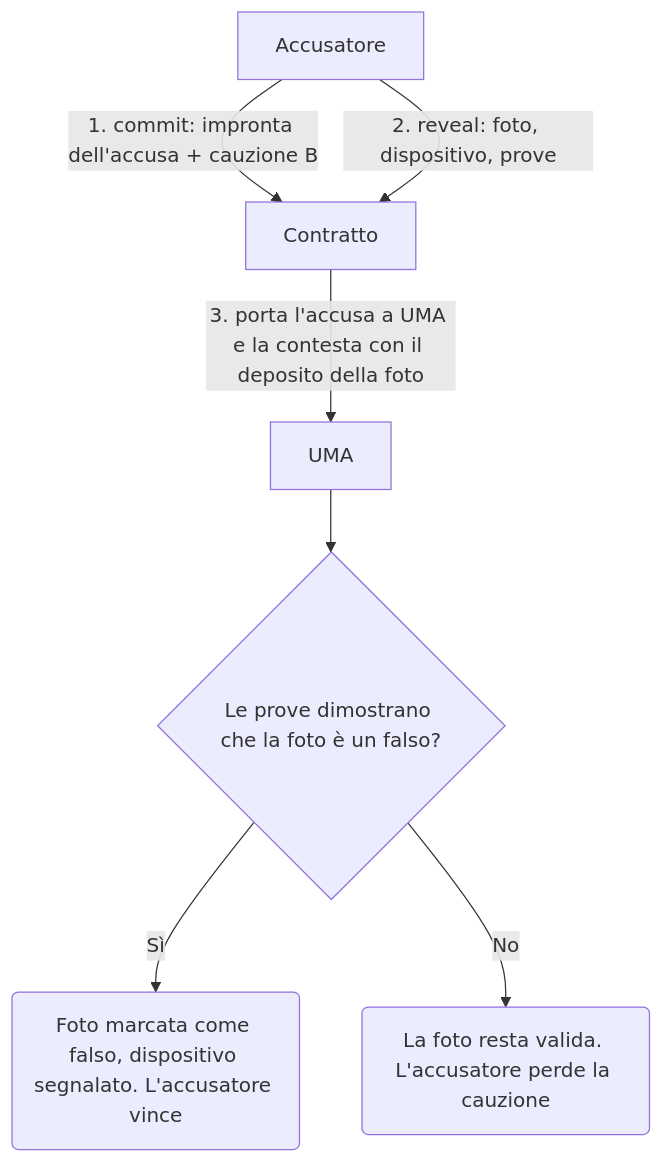
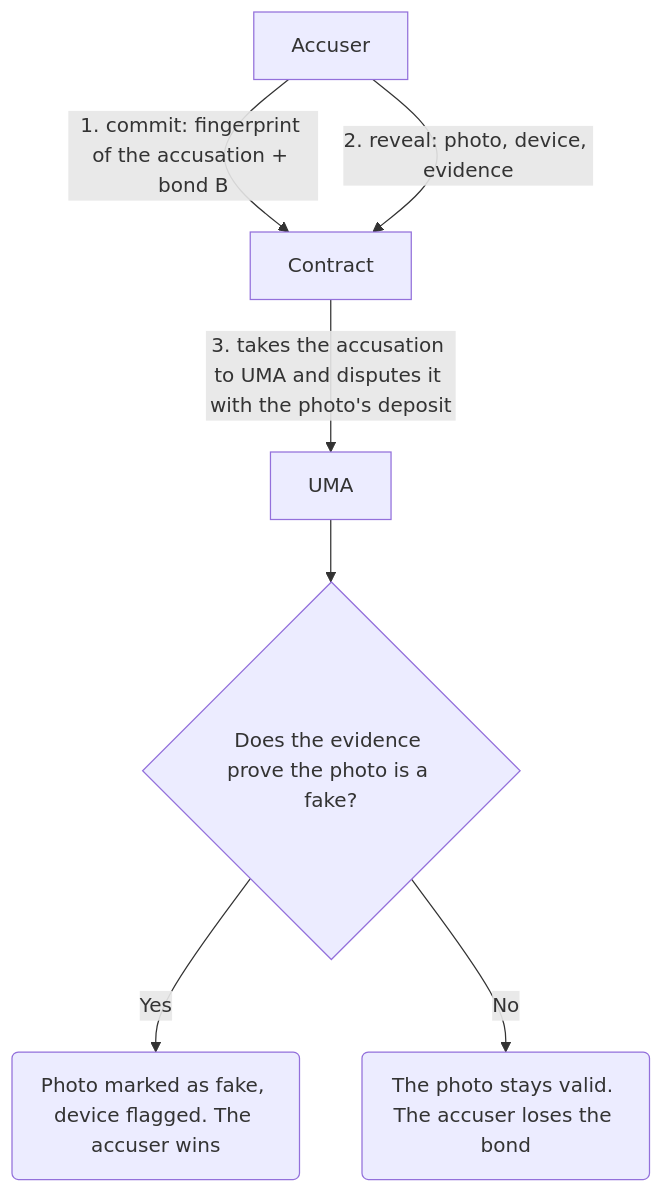
The third of 3 diagrams in docs/1-how-it-works.md (VincenzoImp/ixh26-paprika), drawn with Mermaid before and after one commit. The commit also changed other lines of this file and 34 other files, not shown here.

````diff
--- a/docs/1-how-it-works.md
+++ b/docs/1-how-it-works.md
@@ -105,9 +104,9 @@
 ```mermaid
 flowchart TD
-    Acc[Accusatore] -->|"1. commit: impronta dell'accusa + cauzione B"| Contract[Contratto]
-    Acc -->|"2. reveal: foto, dispositivo, prove"| Contract
-    Contract -->|"3. porta l'accusa a UMA e la contesta con il deposito della foto"| UMA[UMA]
-    UMA --> Choice{"Le prove dimostrano che la foto è un falso?"}
-    Choice -->|Sì| Ban("Foto marcata come falso, dispositivo segnalato. L'accusatore vince")
-    Choice -->|No| Nothing("La foto resta valida. L'accusatore perde la cauzione")
+    Acc[Accuser] -->|"1. commit: fingerprint of the accusation + bond B"| Contract[Contract]
+    Acc -->|"2. reveal: photo, device, evidence"| Contract
+    Contract -->|"3. takes the accusation to UMA and disputes it with the photo's deposit"| UMA[UMA]
+    UMA --> Choice{"Does the evidence prove the photo is a fake?"}
+    Choice -->|Yes| Ban("Photo marked as fake, device flagged. The accuser wins")
+    Choice -->|No| Nothing("The photo stays valid. The accuser loses the bond")
 ```
````
